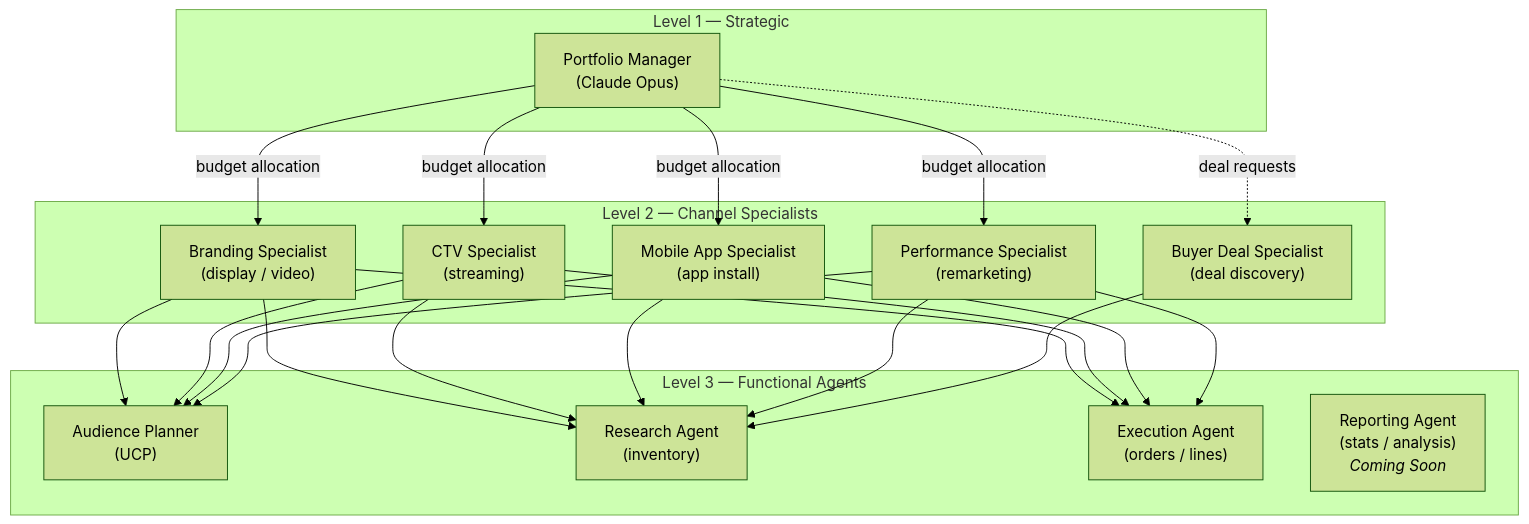
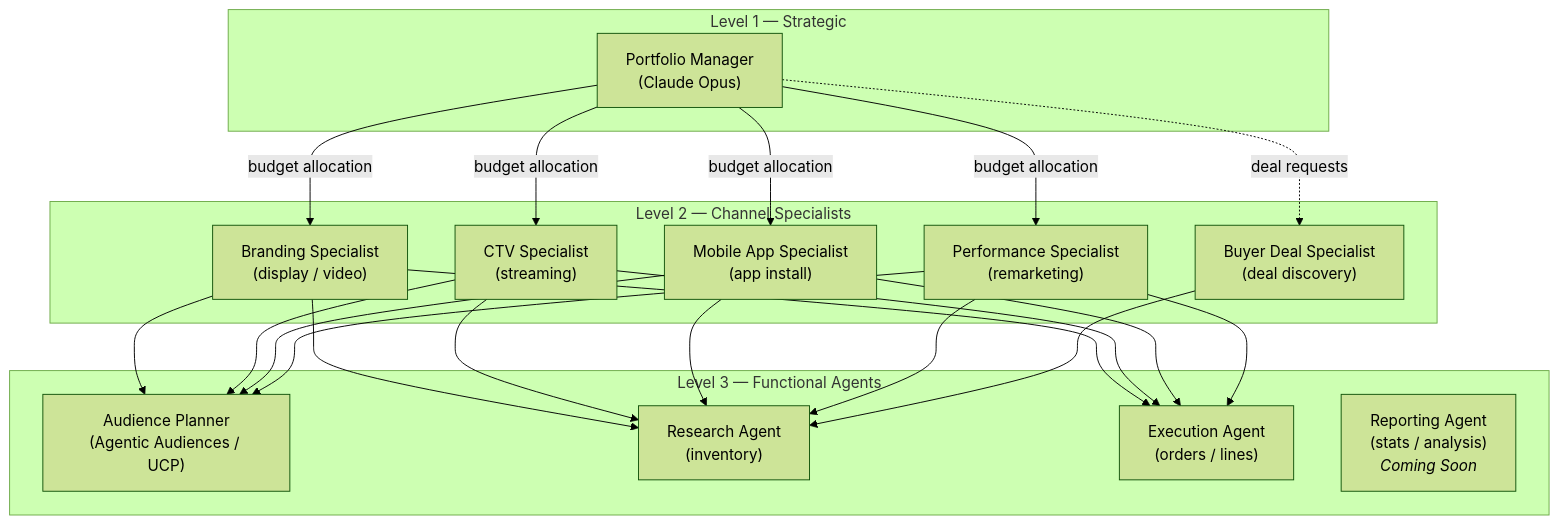
The first of 2 diagrams in docs/architecture/agent-hierarchy.md (IABTechLab/buyer-agent), drawn with Mermaid (forest theme) before and after one commit. The commit also changed other lines of this file and 99 other files, not shown here.

````diff
--- a/docs/architecture/agent-hierarchy.md
+++ b/docs/architecture/agent-hierarchy.md
@@ -9,41 +9,41 @@
 ```mermaid
 graph TB
     subgraph Level1["Level 1 — Strategic"]
         PM["Portfolio Manager<br/>(Claude Opus)"]
     end
 
     subgraph Level2["Level 2 — Channel Specialists"]
         BR["Branding Specialist<br/>(display / video)"]
         CTV["CTV Specialist<br/>(streaming)"]
         MOB["Mobile App Specialist<br/>(app install)"]
         PERF["Performance Specialist<br/>(remarketing)"]
         DSP["Buyer Deal Specialist<br/>(deal discovery)"]
     end
 
     subgraph Level3["Level 3 — Functional Agents"]
-        AUD["Audience Planner<br/>(UCP)"]
+        AUD["Audience Planner<br/>(Agentic Audiences / UCP)"]
         RES["Research Agent<br/>(inventory)"]
         EXEC["Execution Agent<br/>(orders / lines)"]
         REP["Reporting Agent<br/>(stats / analysis)<br/><i>Coming Soon</i>"]
     end
 
     PM -->|budget allocation| BR
     PM -->|budget allocation| CTV
     PM -->|budget allocation| MOB
     PM -->|budget allocation| PERF
     PM -.->|deal requests| DSP
 
     BR --> RES
     BR --> EXEC
     BR --> AUD
     CTV --> RES
     CTV --> EXEC
     CTV --> AUD
     MOB --> RES
     MOB --> EXEC
     MOB --> AUD
     PERF --> RES
     PERF --> EXEC
     PERF --> AUD
     DSP --> RES
 ```
````
